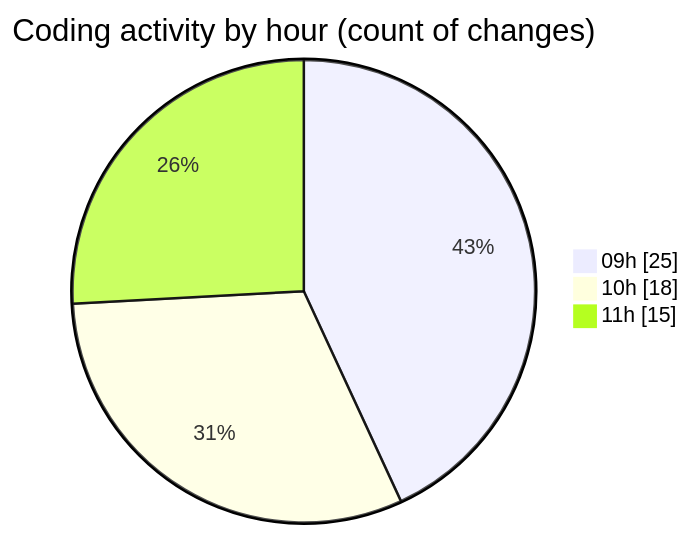
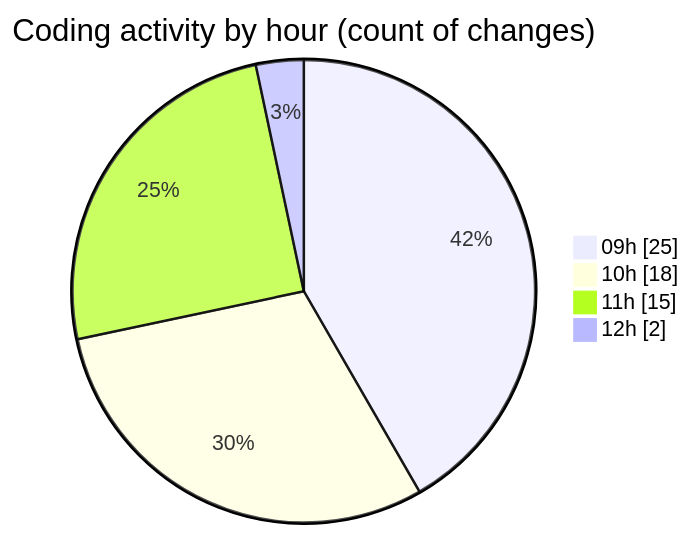
The second of 2 diagrams in 2025-03-13/cda/README.md (momahboobian/code-tracking), drawn with Mermaid before and after one commit. The commit also changed other lines of this file and 1 other file, not shown here.

````diff
--- a/2025-03-13/cda/README.md
+++ b/2025-03-13/cda/README.md
@@ -30,7 +33,8 @@
 ```mermaid
 pie showData
 title Coding activity by hour (count of changes)
 "09h" : 25
 "10h" : 18
 "11h" : 15
+"12h" : 2
 ```
````
